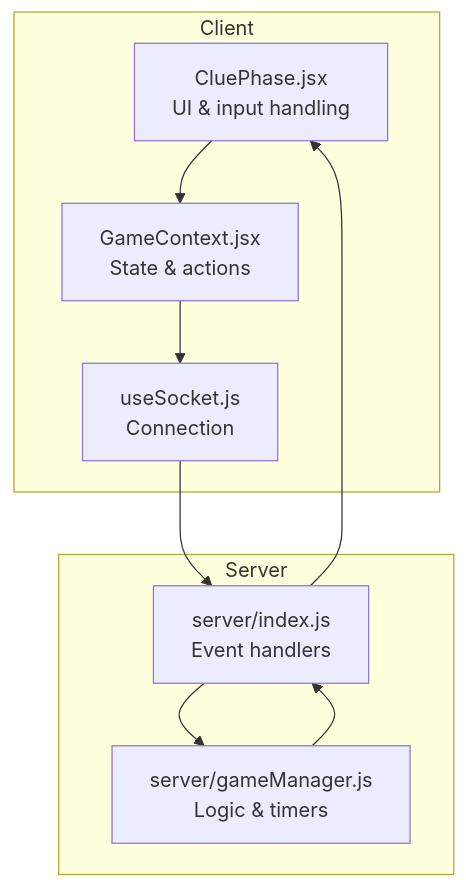
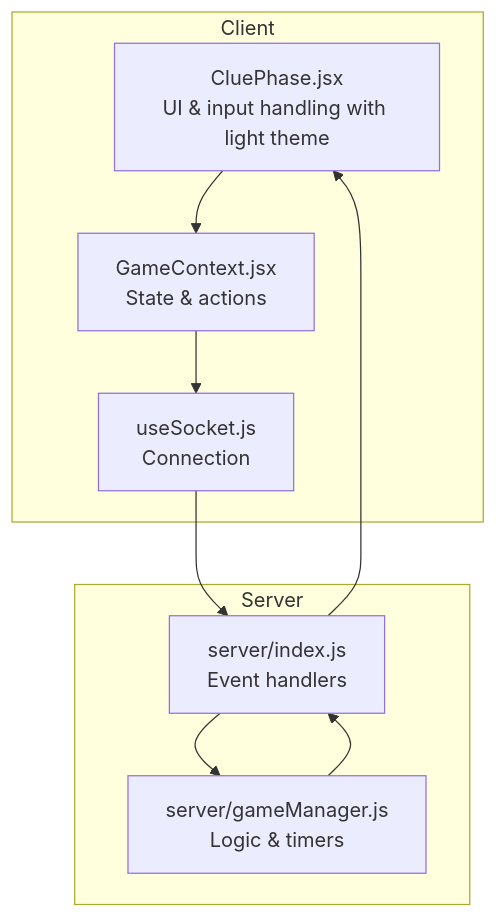
The third of 4 diagrams in .qoder/repowiki/en/content/Game Screens and UI Components/Clue Phase Screen.md (sparshgupta001/imposter_game), drawn with Mermaid before and after one commit. The commit also changed other lines of this file and 22 other files, not shown here.

````diff
--- a/.qoder/repowiki/en/content/Game Screens and UI Components/Clue Phase Screen.md
+++ b/.qoder/repowiki/en/content/Game Screens and UI Components/Clue Phase Screen.md
@@ -237,18 +263,18 @@
 ```mermaid
 graph TB
 subgraph "Client"
-UI["CluePhase.jsx<br/>UI & input handling"]
+UI["CluePhase.jsx<br/>UI & input handling with light theme"]
 Ctx["GameContext.jsx<br/>State & actions"]
 Sock["useSocket.js<br/>Connection"]
 end
 subgraph "Server"
 Srv["server/index.js<br/>Event handlers"]
 GM["server/gameManager.js<br/>Logic & timers"]
 end
 UI --> Ctx
 Ctx --> Sock
 Sock --> Srv
 Srv --> GM
 GM --> Srv
 Srv --> UI
 ```
````
